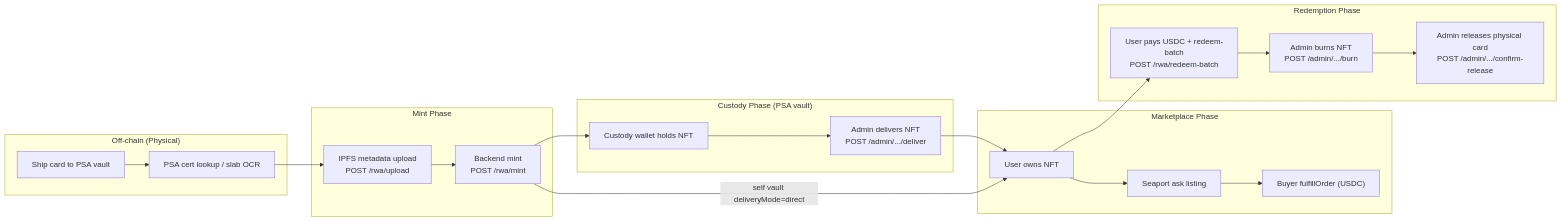
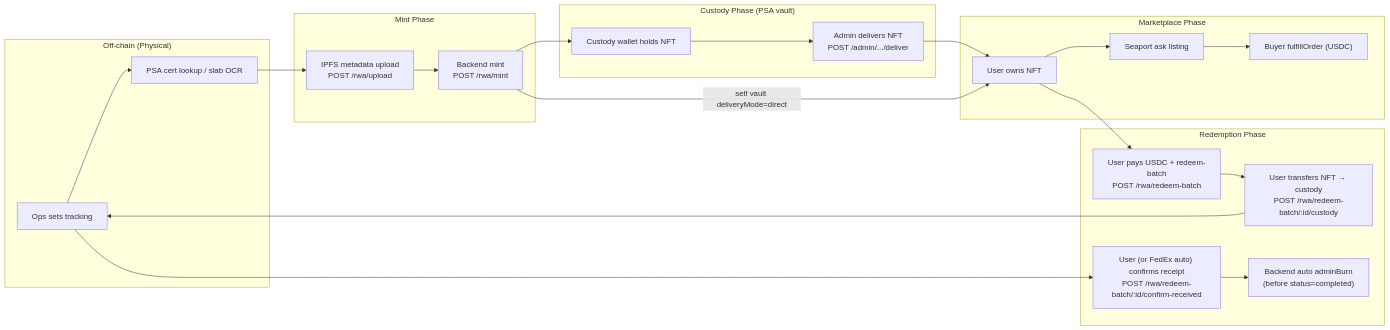
Before and after one commit to tokenable-dev/tokenable-dev: the diagram in docs/architecture/vault-lifecycle.md, drawn with Mermaid. The commit also changed other lines of this file and 143 other files, not shown here.

````diff
--- a/docs/architecture/vault-lifecycle.md
+++ b/docs/architecture/vault-lifecycle.md
@@ -9,35 +9,37 @@
 ```mermaid
 flowchart LR
   subgraph offchain ["Off-chain (Physical)"]
     Ship["Ship card to PSA vault"]
     Verify["PSA cert lookup / slab OCR"]
   end
 
   subgraph mint ["Mint Phase"]
     Upload["IPFS metadata upload<br/>POST /rwa/upload"]
     BackendMint["Backend mint<br/>POST /rwa/mint"]
   end
 
   subgraph custody ["Custody Phase (PSA vault)"]
     Hold["Custody wallet holds NFT"]
     AdminDeliver["Admin delivers NFT<br/>POST /admin/.../deliver"]
   end
 
   subgraph market ["Marketplace Phase"]
     Own["User owns NFT"]
     List["Seaport ask listing"]
     Buy["Buyer fulfillOrder (USDC)"]
   end
 
   subgraph redeem ["Redemption Phase"]
     Request["User pays USDC + redeem-batch<br/>POST /rwa/redeem-batch"]
-    Burn["Admin burns NFT<br/>POST /admin/.../burn"]
-    Release["Admin releases physical card<br/>POST /admin/.../confirm-release"]
+    Custody["User transfers NFT → custody<br/>POST /rwa/redeem-batch/:id/custody"]
+    Ship["Ops sets tracking"]
+    Receipt["User (or FedEx auto) confirms receipt<br/>POST /rwa/redeem-batch/:id/confirm-received"]
+    Burn["Backend auto adminBurn<br/>(before status=completed)"]
   end
 
   Ship --> Verify --> Upload --> BackendMint
   BackendMint --> Hold --> AdminDeliver --> Own
   BackendMint -->|"self vault deliveryMode=direct"| Own
   Own --> List --> Buy
-  Own --> Request --> Burn --> Release
+  Own --> Request --> Custody --> Ship --> Receipt --> Burn
 ```
````
